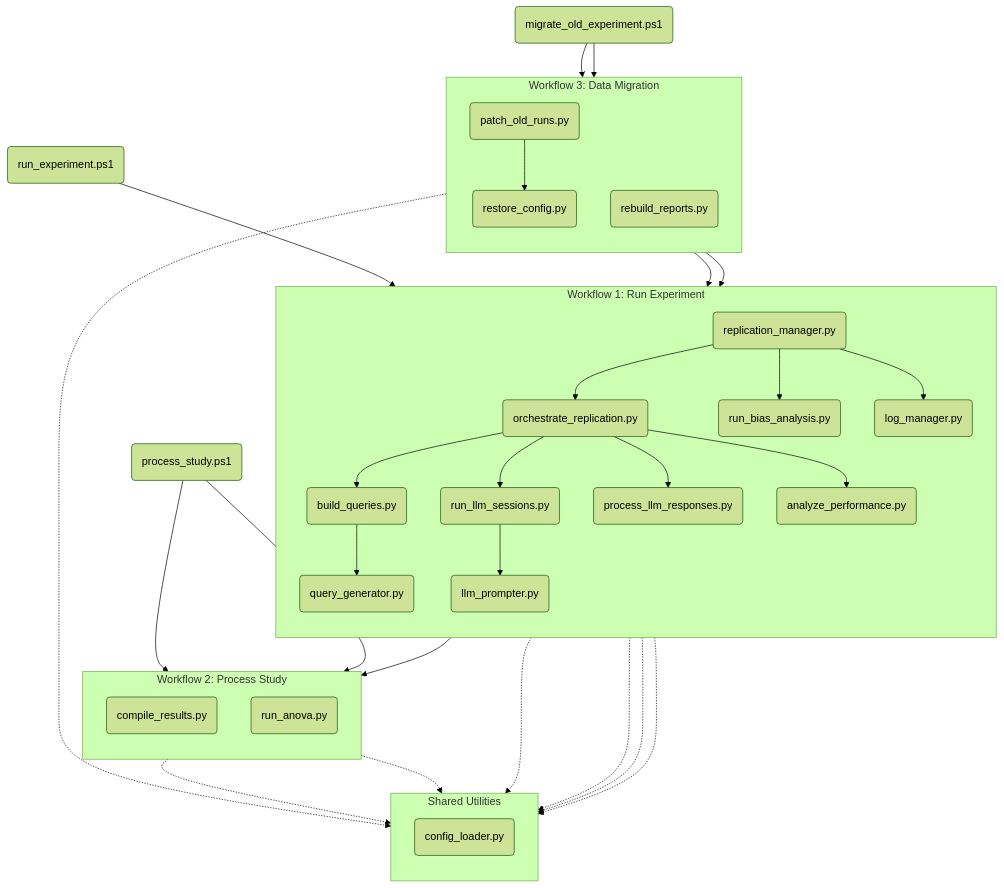
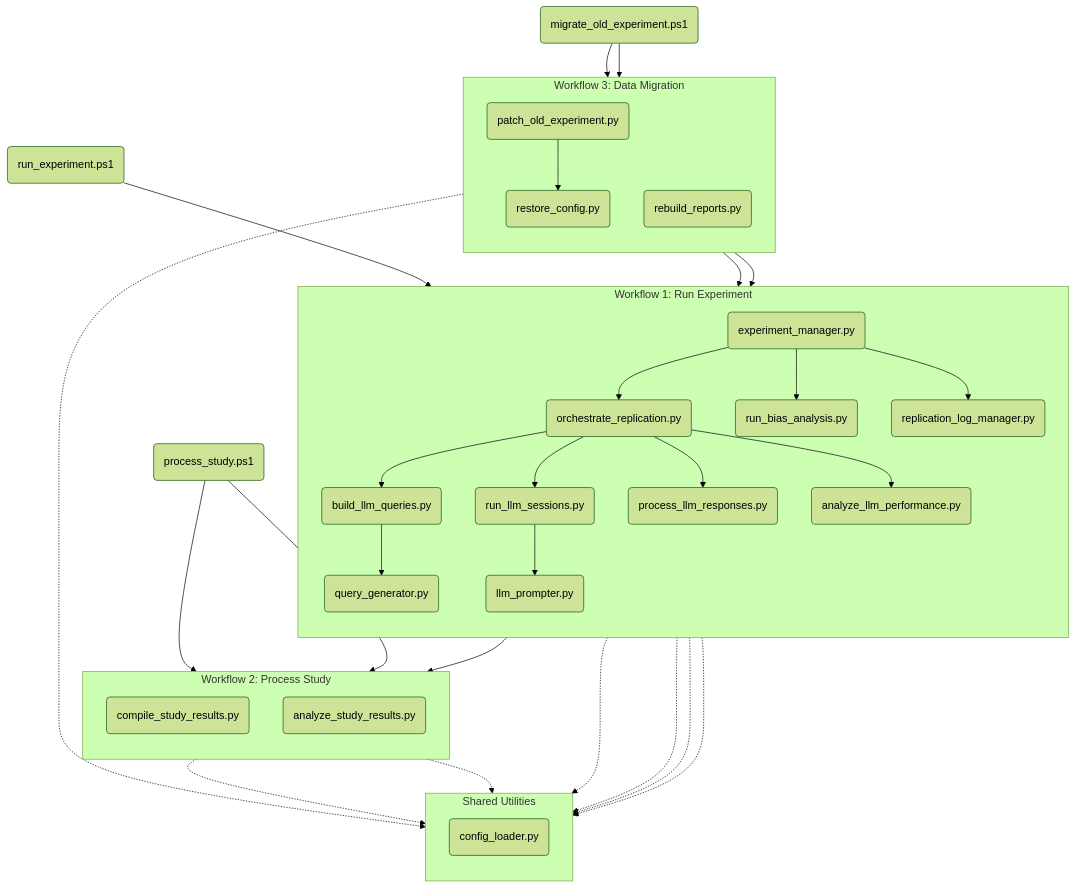
Before and after one commit to peterjmarko/llm-narrative-framework: the diagram in docs/diagrams/codebase_architecture.mmd, drawn with Mermaid (forest theme). The commit also changed 66 other files, not shown here.

```diff
--- a/docs/diagrams/codebase_architecture.mmd
+++ b/docs/diagrams/codebase_architecture.mmd
@@ -1,83 +1,83 @@
 graph TD
     %% Main Entry Points
     direction LR
     ps_run_exp("run_experiment.ps1")
     ps_process("process_study.ps1")
     ps_migrate("migrate_old_experiment.ps1")
 
     %% Workflows
     subgraph "Workflow 1: Run Experiment"
         direction TB
-        repl_manager("replication_manager.py")
+        repl_manager("experiment_manager.py")
         run_bias_analysis("run_bias_analysis.py")
         
         %% Core Pipeline Stages (Sequentially Orchestrated)
         orchestrate("orchestrate_replication.py")
-        build_queries("build_queries.py")
+        build_queries("build_llm_queries.py")
         run_sessions("run_llm_sessions.py")
         process_responses("process_llm_responses.py")
-        analyze_perf("analyze_performance.py")
+        analyze_perf("analyze_llm_performance.py")
 
         %% Internal Workers/Helpers for Workflow 1
         llm_prompter("llm_prompter.py")
         query_gen_util("query_generator.py")
-        log_manager("log_manager.py")
+        log_manager("replication_log_manager.py")
     end
 
     subgraph "Workflow 2: Process Study"
         direction TB
-        compile_results("compile_results.py")
-        run_anova("run_anova.py")
+        compile_results("compile_study_results.py")
+        run_anova("analyze_study_results.py")
     end
     
     subgraph "Workflow 3: Data Migration"
         direction TB
-        patch_old("patch_old_runs.py")
+        patch_old("patch_old_experiment.py")
         restore_config("restore_config.py")
         rebuild_reports("rebuild_reports.py")
     end
 
     subgraph "Shared Utilities"
         direction TB
         config_loader("config_loader.py")
-        %% retry_failed_sessions.py is now completely removed as requested
+        %% retry_llm_sessions.py is now completely removed as requested
     end
 
     %% --- Define Relationships ---
     %% Use --> for Execution and -.-> for Import
 
     %% PowerShell to Python Entry Points
     ps_run_exp --> repl_manager
     ps_process --> compile_results
     ps_process --> run_anova
     ps_migrate --> patch_old
     ps_migrate --> rebuild_reports
 
     %% Workflow 1: Run Experiment Connections
     repl_manager --> orchestrate
     repl_manager --> run_bias_analysis
     repl_manager --> log_manager
     repl_manager --> compile_results
     repl_manager -.-> config_loader
     
     orchestrate --> build_queries
     orchestrate --> run_sessions
     orchestrate --> process_responses
     orchestrate --> analyze_perf
     orchestrate -.-> config_loader
 
     build_queries --> query_gen_util
     query_gen_util -.-> config_loader
 
     run_sessions --> llm_prompter
     llm_prompter -.-> config_loader
 
     %% Workflow 2: Process Study Connections
     compile_results -.-> config_loader
     run_anova -.-> config_loader
 
     %% Workflow 3: Data Migration Connections
     patch_old --> restore_config
     rebuild_reports --> process_responses
     rebuild_reports --> analyze_perf
     rebuild_reports -.-> config_loader
```
